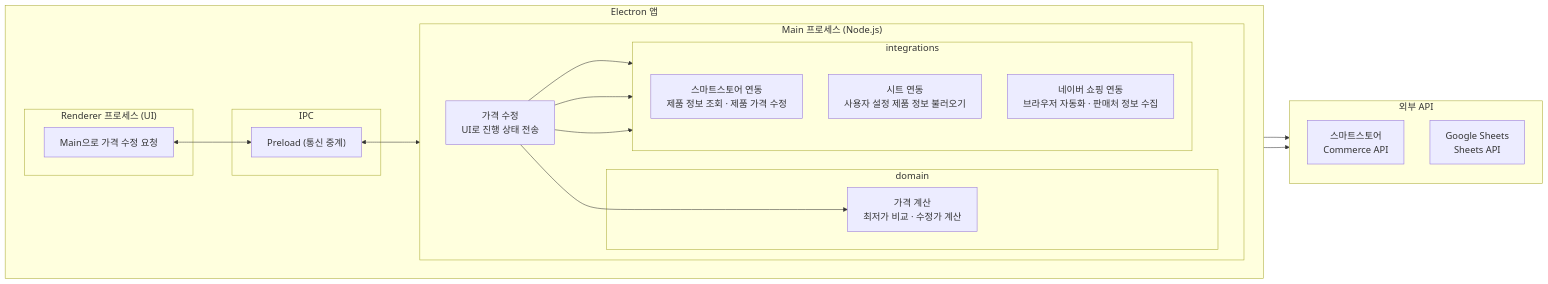
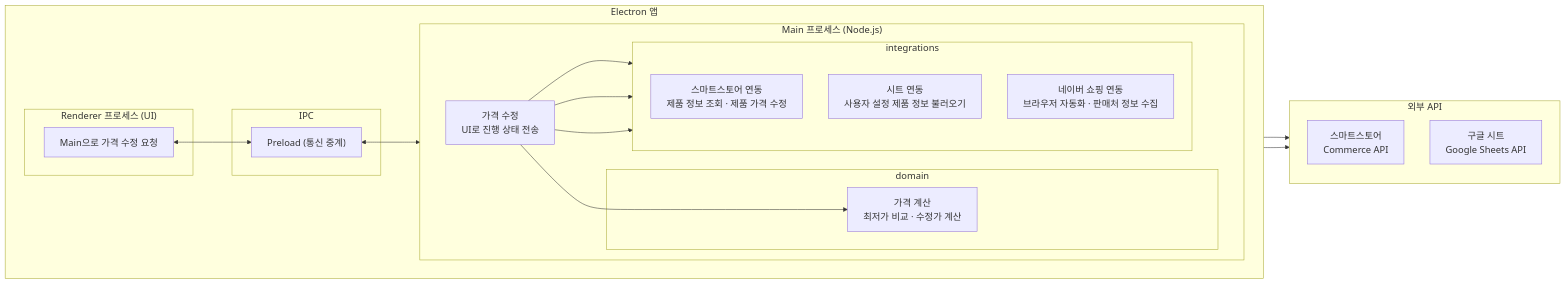
One commit to J8rl-Chik/smartstore-price-bot changed the diagram in assets/architecture.mmd. Above: the diagram before and after it, drawn with Mermaid. The commit also changed 1 other file, not shown here.

Commit message:
docs: architecture 다이어그램 구글 시트 노드 이름 변경
- Google Sheets / Sheets API를 구글 시트 / Google Sheets API로 변경해
  Sheets 반복을 없애고 스마트스토어 노드와 표기 형태를 맞춤

```diff
--- a/assets/architecture.mmd
+++ b/assets/architecture.mmd
@@ -1,41 +1,41 @@
 %%{init: {"flowchart": {"htmlLabels": false, "wrappingWidth": 400}, "themeVariables": {"fontSize": "18px"}, "themeCSS": ".cluster-label text { font-size: 20px; font-weight: bold; }"}}%%
 flowchart LR
   subgraph Electron["Electron 앱"]
     direction LR
     subgraph Renderer["Renderer 프로세스 (UI)"]
       React["Main으로 가격 수정 요청"]
     end
 
     subgraph Main["Main 프로세스 (Node.js)"]
       direction LR
       Core["가격 수정<br/>UI로 진행 상태 전송"]
       subgraph Domain["domain"]
         DomainLogic["가격 계산<br/>최저가 비교 · 수정가 계산"]
       end
       subgraph Adapters["integrations"]
         direction TB
         StoreAd["스마트스토어 연동<br/>제품 정보 조회 · 제품 가격 수정"]
         SheetsAd["시트 연동<br/>사용자 설정 제품 정보 불러오기"]
         CatalogAd["네이버 쇼핑 연동<br/>브라우저 자동화 · 판매처 정보 수집"]
       end
       Core --> DomainLogic
       Core --> StoreAd
       Core --> SheetsAd
       Core --> CatalogAd
     end
 
     subgraph IPC["IPC"]
       Preload["Preload (통신 중계)"]
     end
 
     React <--> Preload <--> Core
   end
 
   subgraph External["외부 API"]
     direction TB
     Commerce["스마트스토어<br/>Commerce API"]
-    Sheets["Google Sheets<br/>Sheets API"]
+    Sheets["구글 시트<br/>Google Sheets API"]
   end
 
   StoreAd --> Commerce
   SheetsAd --> Sheets
```
